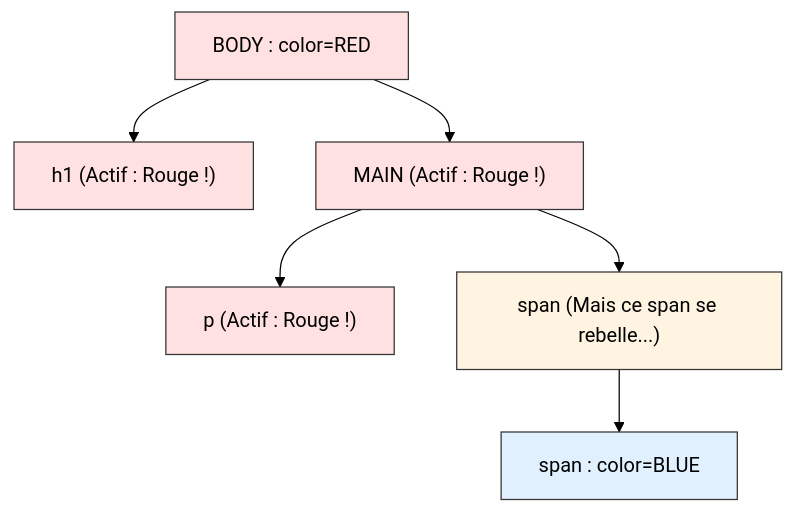
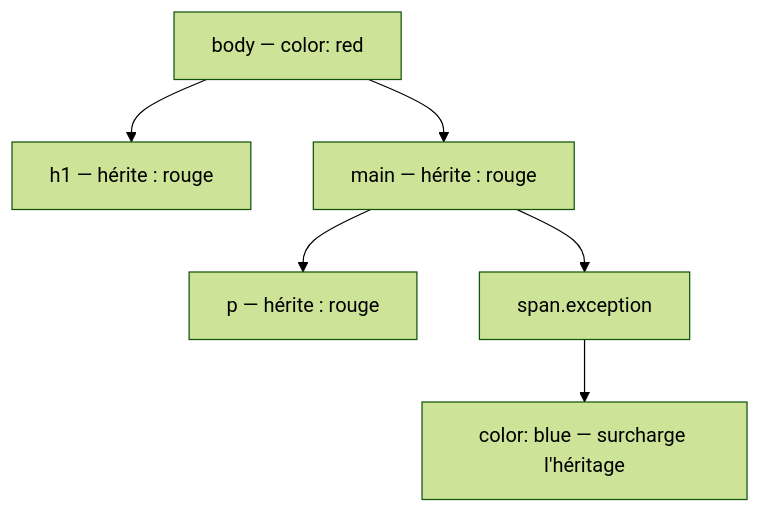
The diagram in docs/dev-cloud/lang/css/fondamental/01-introduction-css.md (zyrass/omnydocs), drawn with Mermaid (forest theme) before and after one commit. The commit also changed other lines of this file and 765 other files, not shown here.

````diff
--- a/docs/dev-cloud/lang/css/fondamental/01-introduction-css.md
+++ b/docs/dev-cloud/lang/css/fondamental/01-introduction-css.md
@@ -169,19 +231,8 @@
 ```mermaid
-graph TD
-    BODY["BODY : color=RED"] --> H1["h1 (Actif : Rouge !)"]
-    BODY --> MAIN["MAIN (Actif : Rouge !)"]
-    MAIN --> PARAGRAPHE["p (Actif : Rouge !)"]
-    
-    MAIN --> SPAN["span (Mais ce span se rebelle...)"]
-    
-    %% La réecriture prime sur l'héritage %%
-    SPAN --> REBEL["span : color=BLUE"]
-    
-    style BODY fill:#ffe1e1,stroke:#333
-    style H1 fill:#ffe1e1,stroke:#333
-    style MAIN fill:#ffe1e1,stroke:#333
-    style PARAGRAPHE fill:#ffe1e1,stroke:#333
-    
-    style SPAN fill:#fff4e1,stroke:#333
-    style REBEL fill:#e1f0ff,stroke:#333
+flowchart TD
+    BODY["body — color: red"] --> H1["h1 — hérite : rouge"]
+    BODY --> MAIN["main — hérite : rouge"]
+    MAIN --> P["p — hérite : rouge"]
+    MAIN --> SPAN["span.exception"]
+    SPAN --> OVERRIDE["color: blue — surcharge l'héritage"]
 ```
````
